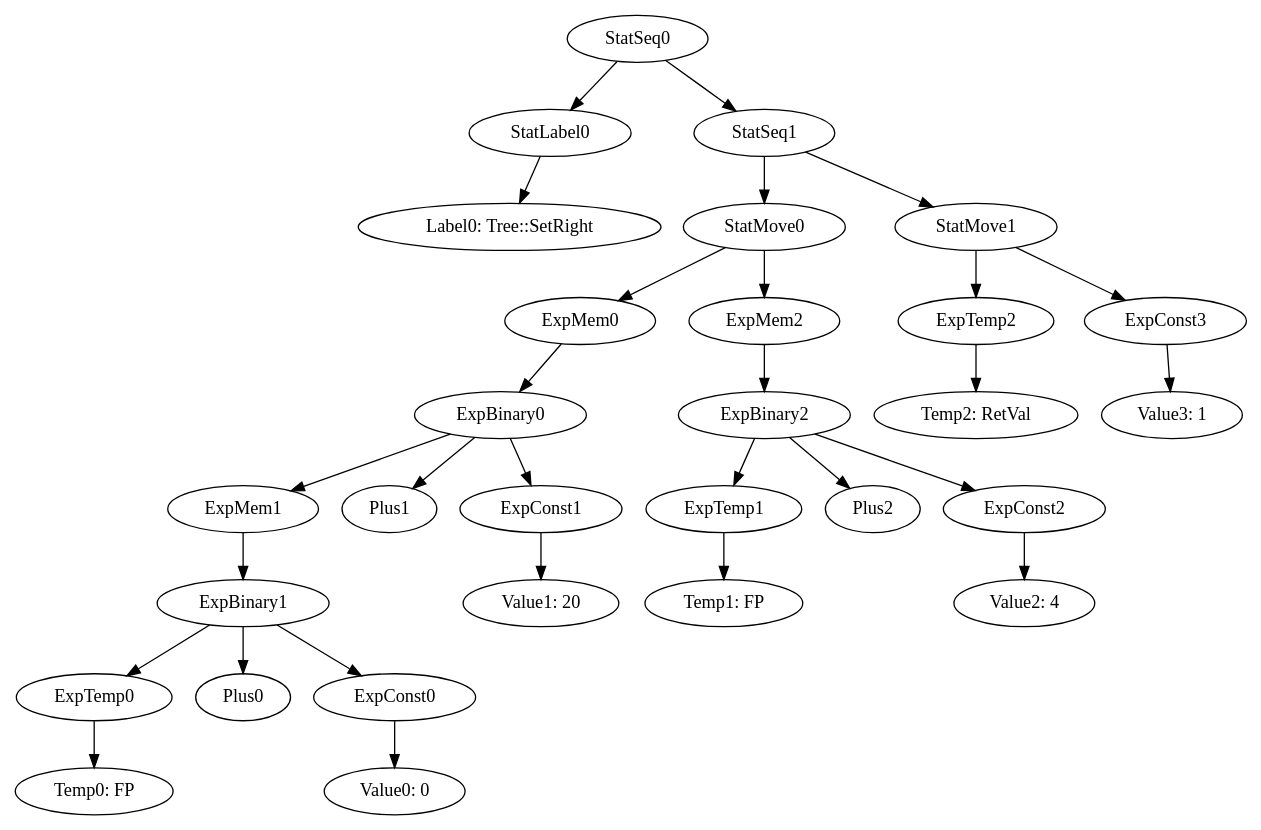
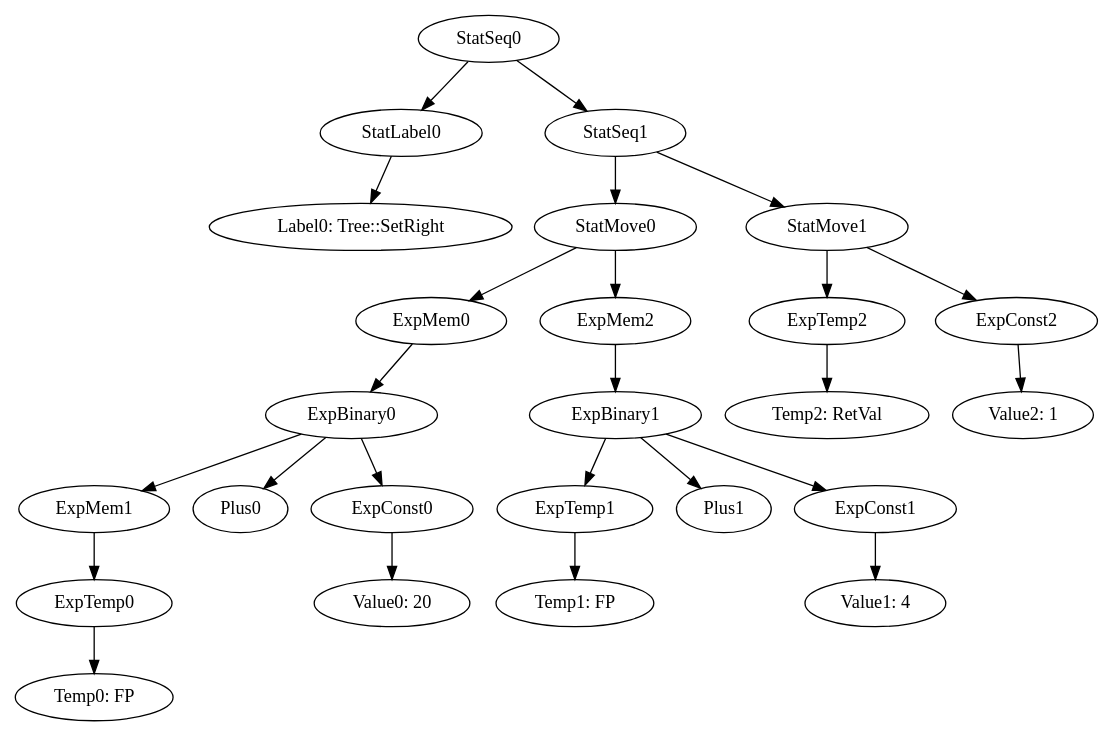
Before and after one commit to team-compilers/compilers: the diagram in MiniJava/results/SamplesCorrect/TreeVisitor/irt_Tree::SetRight.gv, drawn with Graphviz. The commit also changed 138 other files, not shown here.

```diff
--- a/MiniJava/results/SamplesCorrect/TreeVisitor/irt_Tree::SetRight.gv
+++ b/MiniJava/results/SamplesCorrect/TreeVisitor/irt_Tree::SetRight.gv
@@ -1,31 +1,27 @@
 digraph {
 	ordering = out;
+	ExpConst2 -> "Value2: 1";
 	ExpTemp2 -> "Temp2: RetVal";
-	ExpConst3 -> "Value3: 1";
-	ExpConst2 -> "Value2: 4";
 	StatSeq1 -> StatMove0;
 	StatSeq1 -> StatMove1;
-	ExpBinary2 -> ExpTemp1;
-	ExpBinary2 -> Plus2;
-	ExpBinary2 -> ExpConst2;
-	ExpTemp1 -> "Temp1: FP";
 	StatMove1 -> ExpTemp2;
-	StatMove1 -> ExpConst3;
-	ExpConst1 -> "Value1: 20";
-	ExpMem2 -> ExpBinary2;
+	StatMove1 -> ExpConst2;
+	ExpConst1 -> "Value1: 4";
+	ExpMem2 -> ExpBinary1;
 	ExpTemp0 -> "Temp0: FP";
 	StatSeq0 -> StatLabel0;
 	StatSeq0 -> StatSeq1;
 	StatLabel0 -> "Label0: Tree::SetRight";
-	ExpConst0 -> "Value0: 0";
-	ExpMem1 -> ExpBinary1;
-	ExpBinary1 -> ExpTemp0;
-	ExpBinary1 -> Plus0;
-	ExpBinary1 -> ExpConst0;
-	ExpMem0 -> ExpBinary0;
+	ExpMem1 -> ExpTemp0;
+	ExpConst0 -> "Value0: 20";
 	ExpBinary0 -> ExpMem1;
-	ExpBinary0 -> Plus1;
-	ExpBinary0 -> ExpConst1;
+	ExpBinary0 -> Plus0;
+	ExpBinary0 -> ExpConst0;
 	StatMove0 -> ExpMem0;
 	StatMove0 -> ExpMem2;
+	ExpTemp1 -> "Temp1: FP";
+	ExpMem0 -> ExpBinary0;
+	ExpBinary1 -> ExpTemp1;
+	ExpBinary1 -> Plus1;
+	ExpBinary1 -> ExpConst1;
 }
```
